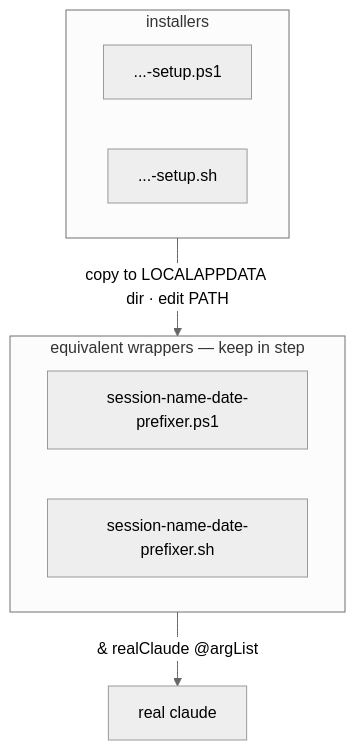
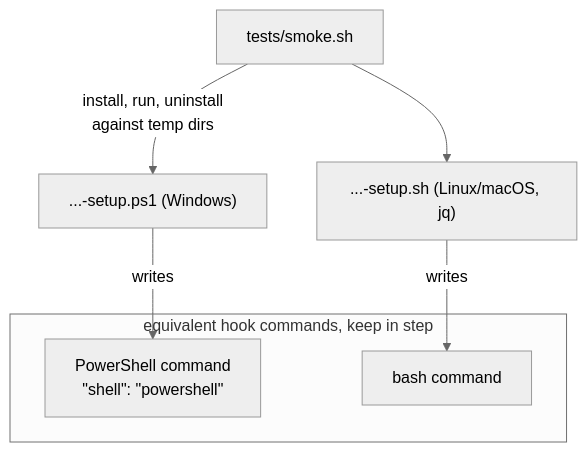
The second of 4 diagrams in tools/session-name-date-prefixer/product/ARCHITECTURE.md (cheneeheng/claude-code-command-center), drawn with Mermaid (neutral theme) before and after one commit. The commit also changed other lines of this file and 12 other files, not shown here.

First line of the commit message:
feat(session-name-date-prefixer)!: name sessions with a SessionStart hook

````diff
--- a/tools/session-name-date-prefixer/product/ARCHITECTURE.md
+++ b/tools/session-name-date-prefixer/product/ARCHITECTURE.md
@@ -24,13 +26,11 @@
 ```mermaid
 flowchart TD
-    subgraph wrappers["equivalent wrappers — keep in step"]
-        ps["session-name-date-prefixer.ps1"]
-        sh["session-name-date-prefixer.sh"]
+    subgraph equivalent["equivalent hook commands, keep in step"]
+        ps["PowerShell command<br/>&quot;shell&quot;: &quot;powershell&quot;"]
+        sh["bash command"]
     end
-    subgraph installers
-        psi["...-setup.ps1"]
-        shi["...-setup.sh"]
-    end
-    installers -->|copy to LOCALAPPDATA dir · edit PATH| wrappers
-    wrappers -->|"& realClaude @argList"| real["real claude"]
+    psi["...-setup.ps1 (Windows)"] -->|writes| ps
+    shi["...-setup.sh (Linux/macOS, jq)"] -->|writes| sh
+    smoke["tests/smoke.sh"] -->|"install, run, uninstall<br/>against temp dirs"| psi
+    smoke --> shi
 ```
````
